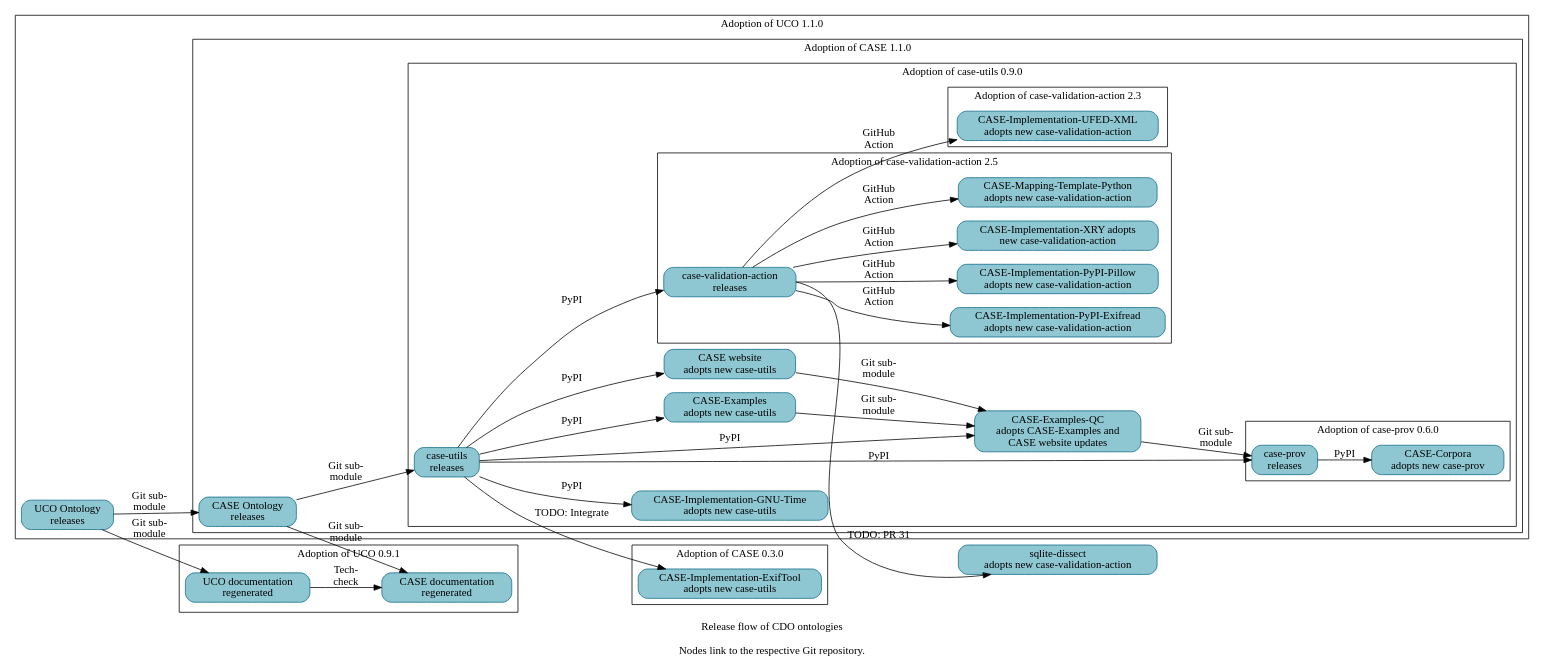
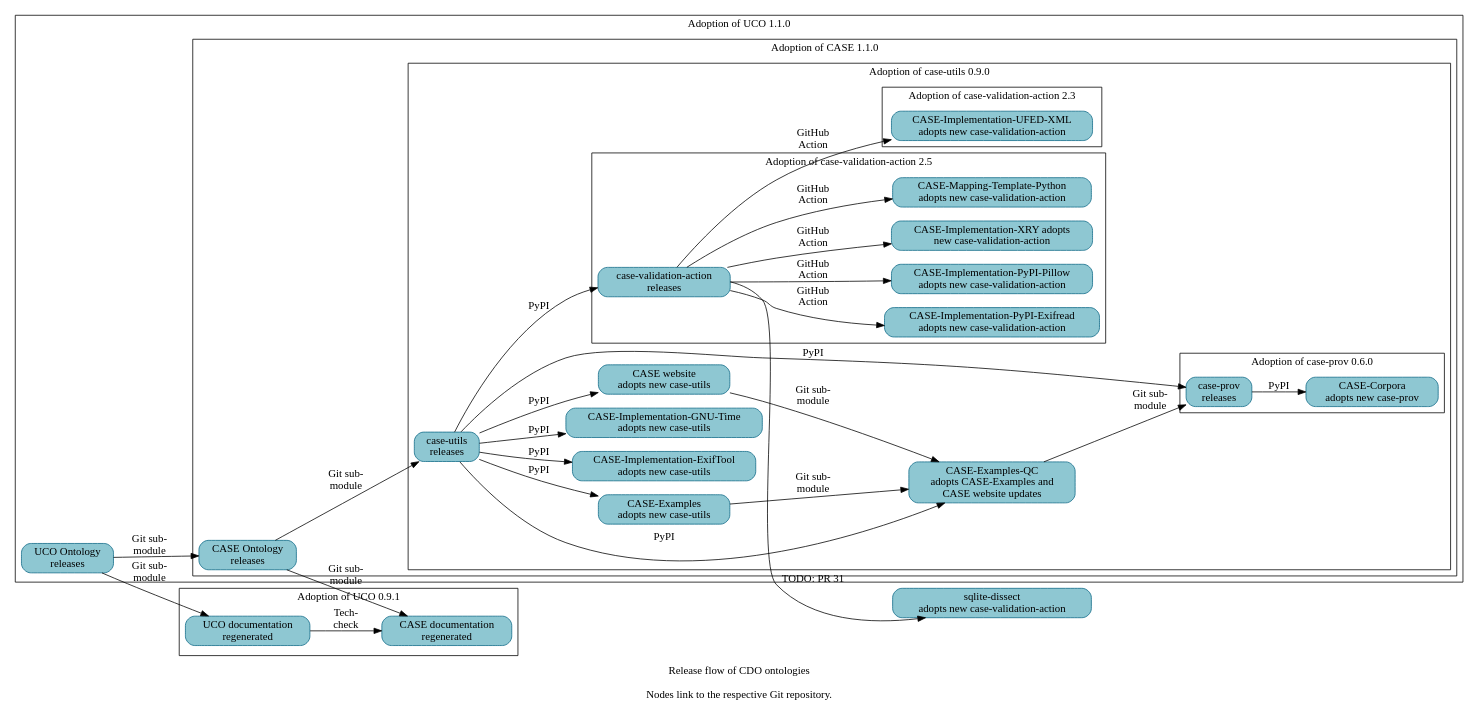
One commit to Cyber-Domain-Ontology/cdo.github.io changed the diagram in resources/project_release_flow.dot. Above: the diagram before and after it, drawn with Graphviz.

Commit message:
Refresh adoption status
A follow-on patch will regenerate Make-managed files.

```diff
--- a/resources/project_release_flow.dot
+++ b/resources/project_release_flow.dot
@@ -1,93 +1,88 @@
 digraph "cdo_release_flow" {
   label = "Release flow of CDO ontologies\n\nNodes link to the respective Git repository." ;
   rankdir = "LR" ;
   node [shape="rectangle" style="filled,rounded" fillcolor="#8EC7D2" color="#0D6986"] ;
 
 
   // Define nodes in their corresponding progress subgraph.
-
-  subgraph cluster_case_0_3_0 {
-    label = "Adoption of CASE 0.3.0" ;
-
-    _GH__CASEWORK__CASE_IMPLEMENTATON_EXIFTOOL [URL="https://github.com/casework/CASE-Implementation-ExifTool" label="CASE-Implementation-ExifTool\nadopts new case-utils"] ;
-  }
 
   subgraph cluster_uco_0_9_1 {
     label = "Adoption of UCO 0.9.1" ;
 
     _GH__CASEWORK__ONTOLOGY_CASEONTOLOGY_ORG [URL="https://github.com/casework/ontology.caseontology.org" label="CASE documentation\nregenerated"] ;
     _GH__UCOPROJECT__ONTOLOGY_UNIFIEDCYBERONTOLOGY_ORG [URL="https://github.com/ucoProject/ontology.unifiedcyberontology.org" label="UCO documentation\nregenerated"] ;
   }
   subgraph cluster_uco_1_1_0 {
     label = "Adoption of UCO 1.1.0" ;
 
     _GH__UCOPROJECT__UCO [URL="https://github.com/ucoProject/UCO" label="UCO Ontology\nreleases"] ;
 
     subgraph cluster_case_1_1_0 {
       label = "Adoption of CASE 1.1.0" ;
 
       _GH__CASEWORK__CASE [URL="https://github.com/casework/CASE" label="CASE Ontology\nreleases"] ;
 
       subgraph cluster_case_utils_0_9_0 {
         label = "Adoption of case-utils 0.9.0" ;
 
         _GH__AJNELSON_NIST__CASE_EXAMPLES_QC [URL="https://github.com/ajnelson-nist/CASE-Examples-QC" label="CASE-Examples-QC\nadopts CASE-Examples and\nCASE website updates"] ;
         _GH__CASEWORK__CASE_EXAMPLES [URL="https://github.com/casework/CASE-Examples" label="CASE-Examples\nadopts new case-utils"] ;
+        _GH__CASEWORK__CASE_IMPLEMENTATON_EXIFTOOL [URL="https://github.com/casework/CASE-Implementation-ExifTool" label="CASE-Implementation-ExifTool\nadopts new case-utils"] ;
         _GH__CASEWORK__CASE_IMPLEMENTATON_GNU_TIME [URL="https://github.com/casework/CASE-Implementation-GNU-Time" label="CASE-Implementation-GNU-Time\nadopts new case-utils"] ;
         _GH__CASEWORK__CASE_UTILITIES_PYTHON [URL="https://github.com/casework/CASE-Utilities-Python" label="case-utils\nreleases"] ;
         _GH__CASEWORK__CASEWORK_GITHUB_IO [URL="https://github.com/casework/casework.github.io" label="CASE website\nadopts new case-utils"] ;
 
         subgraph cluster_case_prov_0_6_0 {
           label = "Adoption of case-prov 0.6.0" ;
 
           _GH__CASEWORK__CASE_CORPORA [URL="https://github.com/casework/CASE-Corpora" label="CASE-Corpora\nadopts new case-prov"] ;
           _GH__CASEWORK__CASE_IMPLEMENTATON_PROV_O [URL="https://github.com/casework/CASE-Implementation-PROV-O" label="case-prov\nreleases"] ;
         }
 
         subgraph cluster_case_validation_action_2_3 {
           label = "Adoption of case-validation-action 2.3" ;
 
           _GH__CASEWORK__CASE_IMPLEMENTATON_UFED_XML [URL="https://github.com/casework/CASE-Implementation-UFED-XML" label="CASE-Implementation-UFED-XML\nadopts new case-validation-action"] ;
         }
 
         subgraph cluster_case_validation_action_2_5 {
           label = "Adoption of case-validation-action 2.5" ;
 
           _GH__CASEWORK__CASE_IMPLEMENTATON_PYPI_EXIFREAD [URL="https://github.com/casework/CASE-Implementation-PyPI-Exifread" label="CASE-Implementation-PyPI-Exifread\nadopts new case-validation-action"] ;
           _GH__CASEWORK__CASE_IMPLEMENTATON_PYPI_PILLOW [URL="https://github.com/casework/CASE-Implementation-PyPI-Pillow" label="CASE-Implementation-PyPI-Pillow\nadopts new case-validation-action"] ;
           _GH__CASEWORK__CASE_IMPLEMENTATON_XRY [URL="https://github.com/casework/CASE-Implementation-XRY" label="CASE-Implementation-XRY adopts\nnew case-validation-action"] ;
           _GH__CASEWORK__CASE_MAPPING_TEMPLATE_PYTHON [URL="https://github.com/casework/CASE-Mapping-Template-Python" label="CASE-Mapping-Template-Python\nadopts new case-validation-action"] ;
           _GH__KCHASON__CASE_VALIDATION_ACTION [URL="https://github.com/kchason/case-validation-action" label="case-validation-action\nreleases"] ;
         }
       }
     }
   }
 
   _GH__DOD_CYBER_CRIME_CENTER__SQLITE_DISSECT [URL="https://github.com/dod-cyber-crime-center/sqlite-dissect" label="sqlite-dissect\nadopts new case-validation-action"] ;
 
   // Begin edges
 
   _GH__AJNELSON_NIST__CASE_EXAMPLES_QC -> _GH__CASEWORK__CASE_IMPLEMENTATON_PROV_O [label="Git sub-\nmodule"] ;
   _GH__CASEWORK__CASE -> _GH__CASEWORK__CASE_UTILITIES_PYTHON [label="Git sub-\nmodule"] ;
   _GH__CASEWORK__CASE -> _GH__CASEWORK__ONTOLOGY_CASEONTOLOGY_ORG [label="Git sub-\nmodule"] ; 
   _GH__CASEWORK__CASE_EXAMPLES -> _GH__AJNELSON_NIST__CASE_EXAMPLES_QC [label="Git sub-\nmodule"] ;
   _GH__CASEWORK__CASE_IMPLEMENTATON_PROV_O -> _GH__CASEWORK__CASE_CORPORA [label="PyPI"] ;
   _GH__CASEWORK__CASE_UTILITIES_PYTHON -> _GH__AJNELSON_NIST__CASE_EXAMPLES_QC [label="PyPI"] ;
   _GH__CASEWORK__CASE_UTILITIES_PYTHON -> _GH__CASEWORK__CASE_EXAMPLES [label="PyPI"] ;
-  _GH__CASEWORK__CASE_UTILITIES_PYTHON -> _GH__CASEWORK__CASE_IMPLEMENTATON_EXIFTOOL [label="TODO: Integrate"] ;
+  _GH__CASEWORK__CASE_UTILITIES_PYTHON -> _GH__CASEWORK__CASE_IMPLEMENTATON_EXIFTOOL [label="PyPI"] ;
   _GH__CASEWORK__CASE_UTILITIES_PYTHON -> _GH__CASEWORK__CASE_IMPLEMENTATON_GNU_TIME [label="PyPI"] ;
   _GH__CASEWORK__CASE_UTILITIES_PYTHON -> _GH__CASEWORK__CASE_IMPLEMENTATON_PROV_O [label="PyPI"] ;
   _GH__CASEWORK__CASE_UTILITIES_PYTHON -> _GH__KCHASON__CASE_VALIDATION_ACTION [label="PyPI"] ;
   _GH__CASEWORK__CASE_UTILITIES_PYTHON -> _GH__CASEWORK__CASEWORK_GITHUB_IO [label="PyPI"] ;
   _GH__CASEWORK__CASEWORK_GITHUB_IO -> _GH__AJNELSON_NIST__CASE_EXAMPLES_QC [label="Git sub-\nmodule"] ;
   _GH__KCHASON__CASE_VALIDATION_ACTION -> _GH__CASEWORK__CASE_IMPLEMENTATON_PYPI_EXIFREAD [label="GitHub\nAction"] ;
   _GH__KCHASON__CASE_VALIDATION_ACTION -> _GH__CASEWORK__CASE_IMPLEMENTATON_PYPI_PILLOW [label="GitHub\nAction"] ;
   _GH__KCHASON__CASE_VALIDATION_ACTION -> _GH__CASEWORK__CASE_IMPLEMENTATON_UFED_XML [label="GitHub\nAction"] ;
   _GH__KCHASON__CASE_VALIDATION_ACTION -> _GH__CASEWORK__CASE_IMPLEMENTATON_XRY [label="GitHub\nAction"] ;
   _GH__KCHASON__CASE_VALIDATION_ACTION -> _GH__CASEWORK__CASE_MAPPING_TEMPLATE_PYTHON [label="GitHub\nAction"] ;
   _GH__KCHASON__CASE_VALIDATION_ACTION -> _GH__DOD_CYBER_CRIME_CENTER__SQLITE_DISSECT [URL="https://github.com/dod-cyber-crime-center/sqlite-dissect/pull/31" label="TODO: PR 31"] ;
   _GH__UCOPROJECT__ONTOLOGY_UNIFIEDCYBERONTOLOGY_ORG -> _GH__CASEWORK__ONTOLOGY_CASEONTOLOGY_ORG [label="Tech-\ncheck"];
   _GH__UCOPROJECT__UCO -> _GH__CASEWORK__CASE [label="Git sub-\nmodule"] ;
   _GH__UCOPROJECT__UCO -> _GH__UCOPROJECT__ONTOLOGY_UNIFIEDCYBERONTOLOGY_ORG [label="Git sub-\nmodule"] ;
 
 }
```
